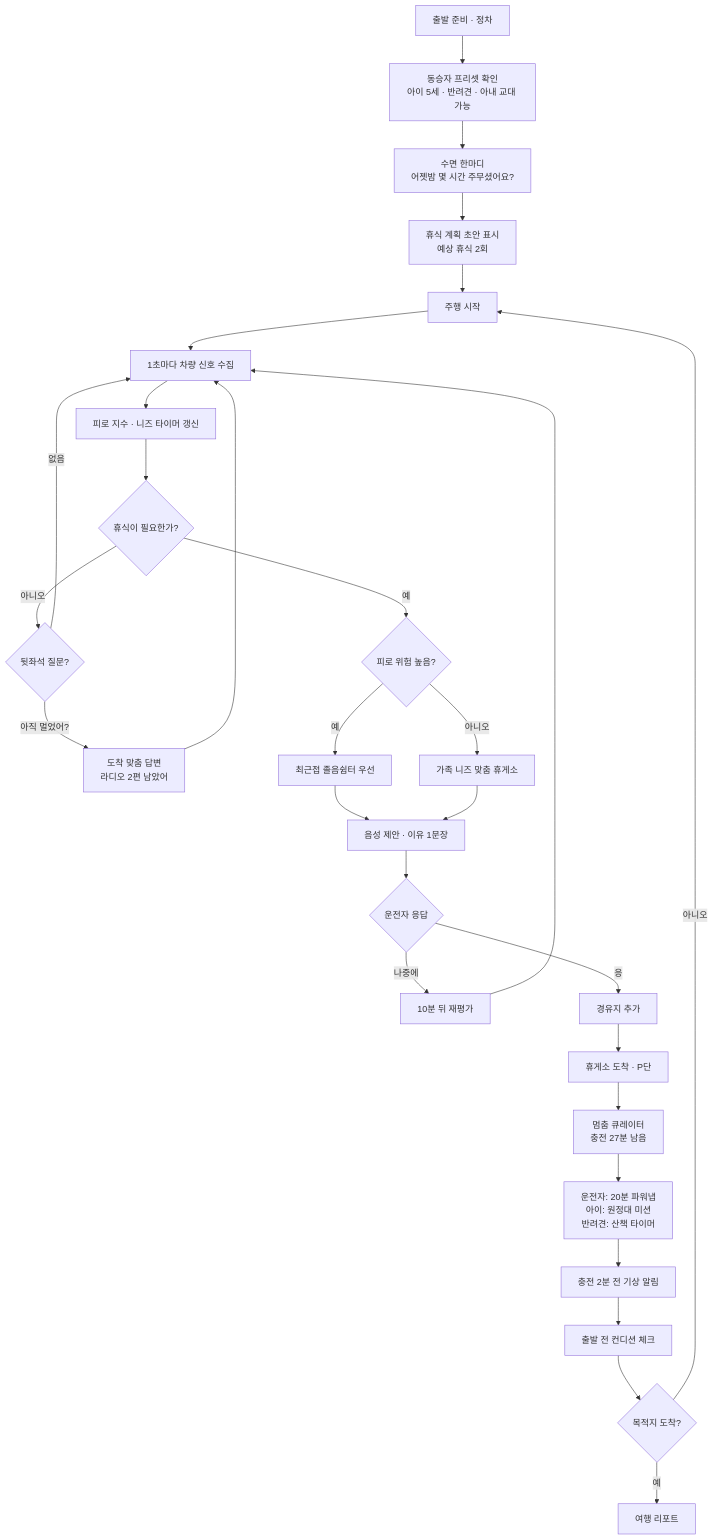
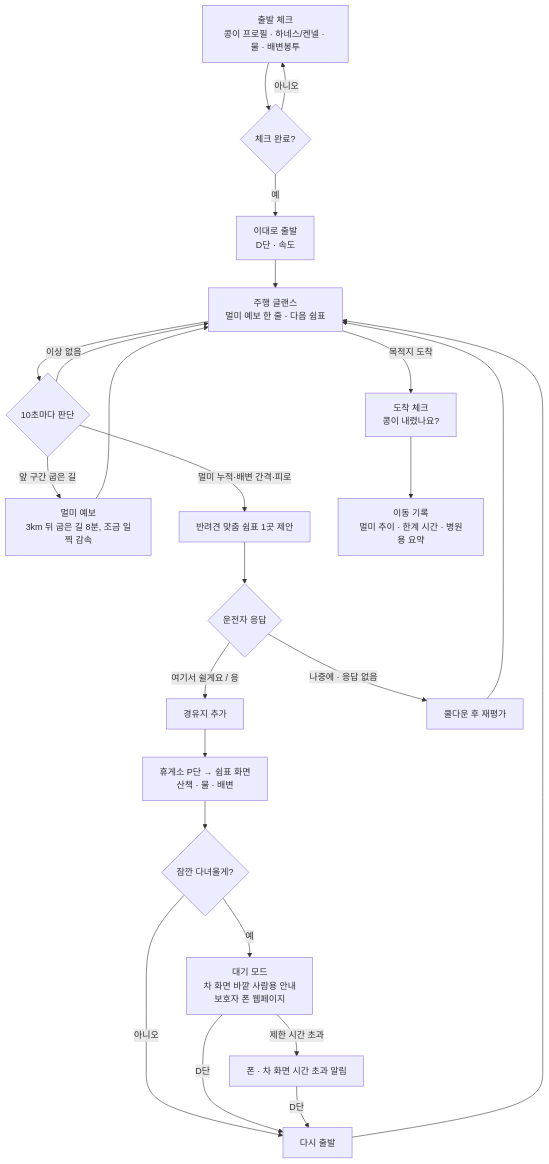
Before and after one commit to xuxtaku7610-del/every-moment-of-pause: the first of 6 diagrams in flowchart.md, drawn with Mermaid. The commit also changed other lines of this file and 159 other files, not shown here.

````diff
--- a/flowchart.md
+++ b/flowchart.md
@@ -7,31 +5,26 @@
 ```mermaid
 flowchart TD
-    A["출발 준비 · 정차"] --> B["동승자 프리셋 확인<br/>아이 5세 · 반려견 · 아내 교대 가능"]
-    B --> C["수면 한마디<br/>어젯밤 몇 시간 주무셨어요?"]
-    C --> D["휴식 계획 초안 표시<br/>예상 휴식 2회"]
-    D --> E["주행 시작"]
-    E --> F["1초마다 차량 신호 수집"]
-    F --> G["피로 지수 · 니즈 타이머 갱신"]
-    G --> H{"휴식이 필요한가?"}
-    H -->|"아니오"| K{"뒷좌석 질문?"}
-    K -->|"아직 멀었어?"| L["도착 맞춤 답변<br/>라디오 2편 남았어"]
-    L --> F
-    K -->|"없음"| F
-    H -->|"예"| I{"피로 위험 높음?"}
-    I -->|"예"| J1["최근접 졸음쉼터 우선"]
-    I -->|"아니오"| J2["가족 니즈 맞춤 휴게소"]
-    J1 --> M["음성 제안 · 이유 1문장"]
-    J2 --> M
-    M --> N{"운전자 응답"}
-    N -->|"나중에"| O["10분 뒤 재평가"]
-    O --> F
-    N -->|"응"| P["경유지 추가"]
-    P --> Q["휴게소 도착 · P단"]
-    Q --> R["멈춤 큐레이터<br/>충전 27분 남음"]
-    R --> S["운전자: 20분 파워냅<br/>아이: 원정대 미션<br/>반려견: 산책 타이머"]
-    S --> T["충전 2분 전 기상 알림"]
-    T --> U["출발 전 컨디션 체크"]
-    U --> V{"목적지 도착?"}
-    V -->|"아니오"| E
-    V -->|"예"| W["여행 리포트"]
+    A["출발 체크<br/>콩이 프로필 · 하네스/켄넬 · 물 · 배변봉투"] --> B{"체크 완료?"}
+    B -->|"아니오"| A
+    B -->|"예"| C["이대로 출발<br/>D단 · 속도"]
+    C --> D["주행 글랜스<br/>멀미 예보 한 줄 · 다음 쉼표"]
+    D --> E{"10초마다 판단"}
+    E -->|"앞 구간 굽은 길"| F["멀미 예보<br/>3km 뒤 굽은 길 8분, 조금 일찍 감속"]
+    E -->|"멀미 누적·배변 간격·피로"| G["반려견 맞춤 쉼표 1곳 제안"]
+    E -->|"이상 없음"| D
+    F --> D
+    G --> H{"운전자 응답"}
+    H -->|"여기서 쉴게요 / 응"| I["경유지 추가"]
+    H -->|"나중에 · 응답 없음"| J["쿨다운 후 재평가"]
+    J --> D
+    I --> K["휴게소 P단 → 쉼표 화면<br/>산책 · 물 · 배변"]
+    K --> L{"잠깐 다녀올게?"}
+    L -->|"예"| M["대기 모드<br/>차 화면 바깥 사람용 안내<br/>보호자 폰 웹페이지"]
+    L -->|"아니오"| N["다시 출발"]
+    M -->|"제한 시간 초과"| M2["폰 · 차 화면 시간 초과 알림"]
+    M -->|"D단"| N
+    M2 -->|"D단"| N
+    N --> D
+    D -->|"목적지 도착"| O["도착 체크<br/>콩이 내렸나요?"]
+    O --> P["이동 기록<br/>멀미 추이 · 한계 시간 · 병원용 요약"]
 ```
````
